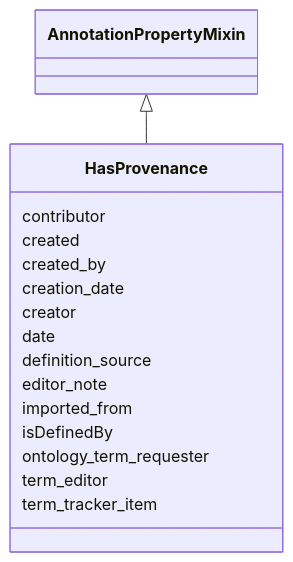
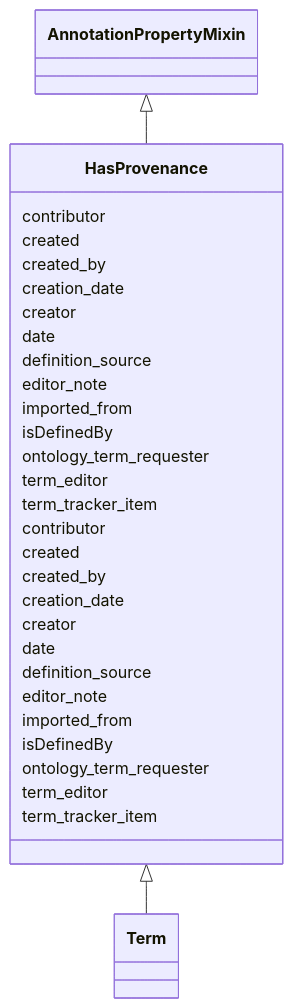
One commit to INCATools/ontology-access-kit changed the diagram in ontology-metadata/HasProvenance.md. Above: the diagram before and after it, drawn with Mermaid. The commit also changed 245 other files, not shown here.

````diff
--- a/ontology-metadata/HasProvenance.md
+++ b/ontology-metadata/HasProvenance.md
@@ -13,20 +13,37 @@
 ```{mermaid}
  classDiagram
+    class HasProvenance
       AnnotationPropertyMixin <|-- HasProvenance
       
       HasProvenance : contributor
       HasProvenance : created
       HasProvenance : created_by
       HasProvenance : creation_date
       HasProvenance : creator
       HasProvenance : date
       HasProvenance : definition_source
       HasProvenance : editor_note
       HasProvenance : imported_from
       HasProvenance : isDefinedBy
       HasProvenance : ontology_term_requester
       HasProvenance : term_editor
       HasProvenance : term_tracker_item
       
 
+      HasProvenance <|-- Term
+      
+      HasProvenance : contributor
+      HasProvenance : created
+      HasProvenance : created_by
+      HasProvenance : creation_date
+      HasProvenance : creator
+      HasProvenance : date
+      HasProvenance : definition_source
+      HasProvenance : editor_note
+      HasProvenance : imported_from
+      HasProvenance : isDefinedBy
+      HasProvenance : ontology_term_requester
+      HasProvenance : term_editor
+      HasProvenance : term_tracker_item
+      
 ```
````
